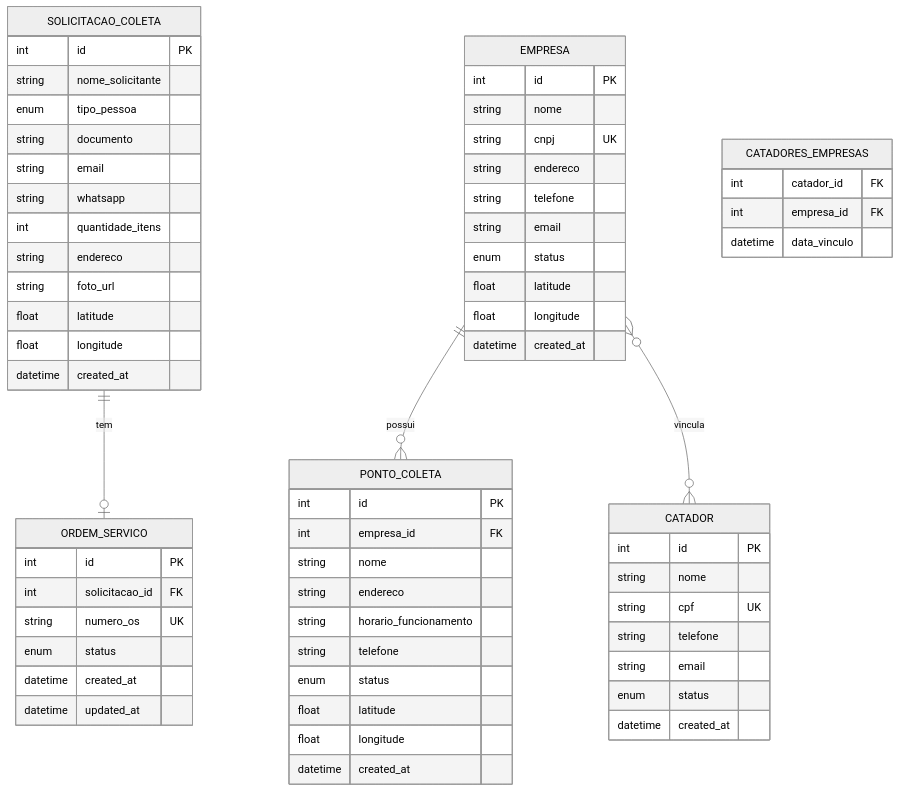
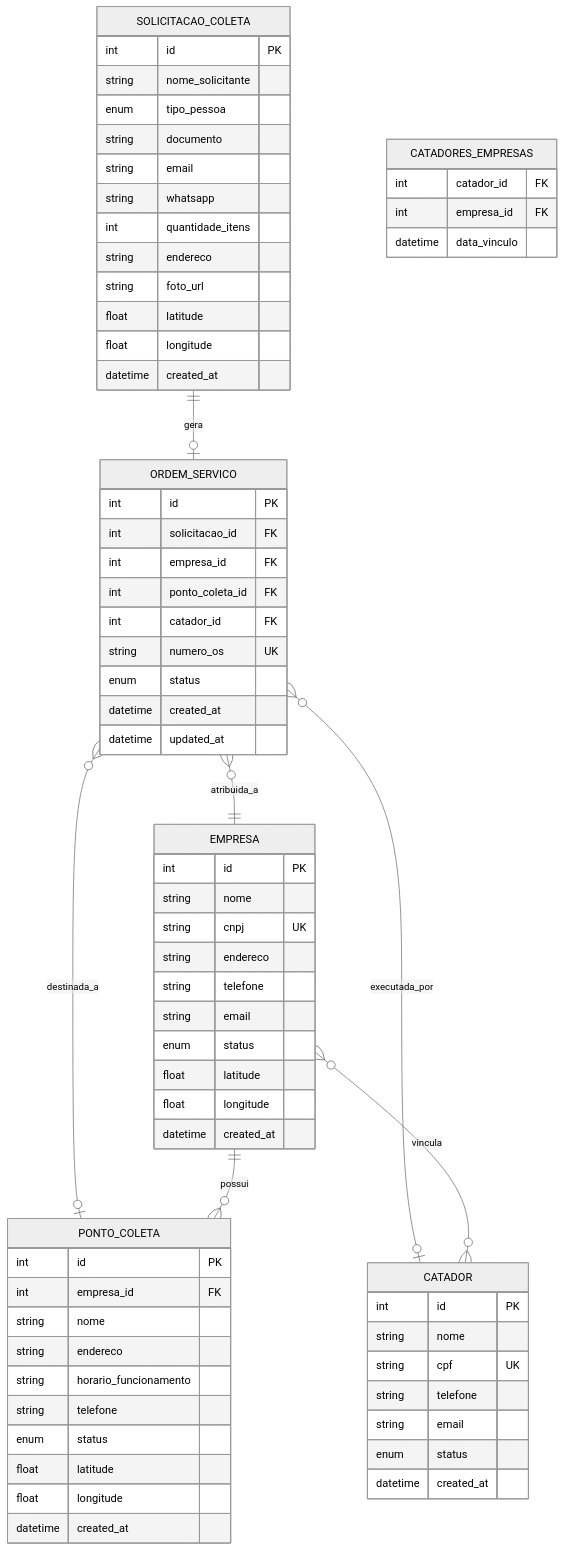
One commit to devsdeimpacto/backend changed the second of 3 diagrams in README.md. Above: the diagram before and after it, drawn with Mermaid (neutral theme).

````diff
--- a/README.md
+++ b/README.md
@@ -68,72 +68,78 @@
 ```mermaid
 erDiagram
-    SOLICITACAO_COLETA ||--o| ORDEM_SERVICO : "tem"
+    SOLICITACAO_COLETA ||--o| ORDEM_SERVICO : "gera"
+    ORDEM_SERVICO }o--|| EMPRESA : "atribuida_a"
+    ORDEM_SERVICO }o--o| PONTO_COLETA : "destinada_a"
+    ORDEM_SERVICO }o--o| CATADOR : "executada_por"
     EMPRESA ||--o{ PONTO_COLETA : "possui"
     EMPRESA }o--o{ CATADOR : "vincula"
     
     SOLICITACAO_COLETA {
         int id PK
         string nome_solicitante
         enum tipo_pessoa
         string documento
         string email
         string whatsapp
         int quantidade_itens
         string endereco
         string foto_url
         float latitude
         float longitude
         datetime created_at
     }
     
     ORDEM_SERVICO {
         int id PK
         int solicitacao_id FK
+        int empresa_id FK
+        int ponto_coleta_id FK
+        int catador_id FK
         string numero_os UK
         enum status
         datetime created_at
         datetime updated_at
     }
     
     EMPRESA {
         int id PK
         string nome
         string cnpj UK
         string endereco
         string telefone
         string email
         enum status
         float latitude
         float longitude
         datetime created_at
     }
     
     PONTO_COLETA {
         int id PK
         int empresa_id FK
         string nome
         string endereco
         string horario_funcionamento
         string telefone
         enum status
         float latitude
         float longitude
         datetime created_at
     }
     
     CATADOR {
         int id PK
         string nome
         string cpf UK
         string telefone
         string email
         enum status
         datetime created_at
     }
     
     CATADORES_EMPRESAS {
         int catador_id FK
         int empresa_id FK
         datetime data_vinculo
     }
 ```
````
